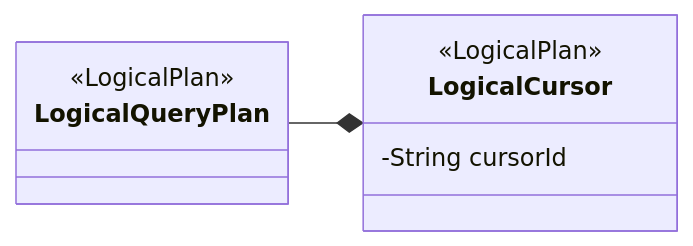
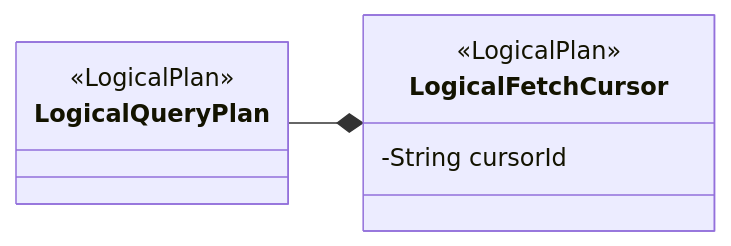
Before and after one commit to opensearch-project/sql: the seventh of 18 diagrams in docs/dev/Pagination-v2.md, drawn with Mermaid. The commit also changed other lines of this file and 80 other files, not shown here.

````diff
--- a/docs/dev/Pagination-v2.md
+++ b/docs/dev/Pagination-v2.md
@@ -289,12 +289,12 @@
 ```mermaid
 classDiagram
   direction LR
   class LogicalQueryPlan {
     <<LogicalPlan>>
   }
-  class LogicalCursor {
+  class LogicalFetchCursor {
     <<LogicalPlan>>
     -String cursorId
   }
-  LogicalQueryPlan --* LogicalCursor
+  LogicalQueryPlan --* LogicalFetchCursor
 ```
````
